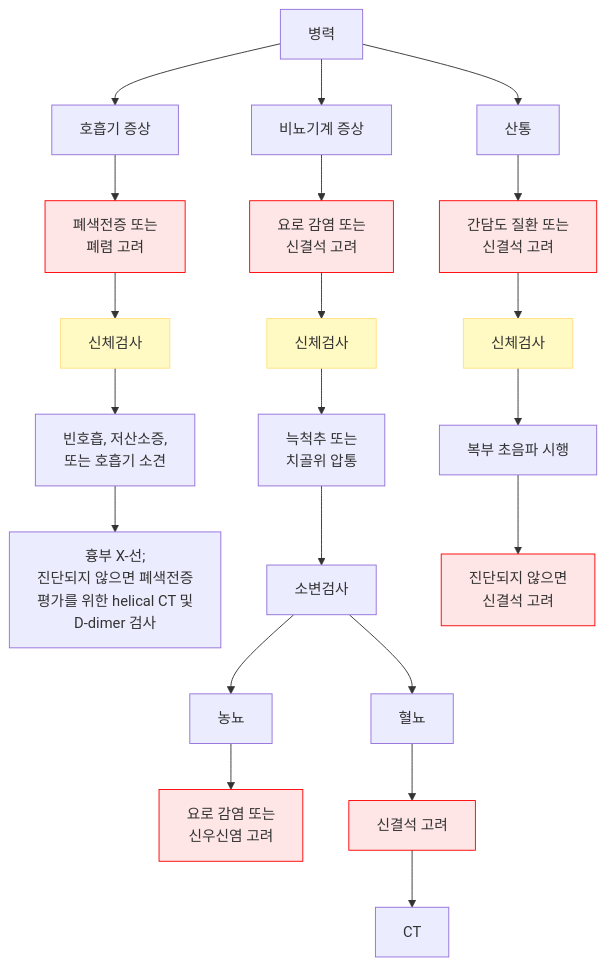
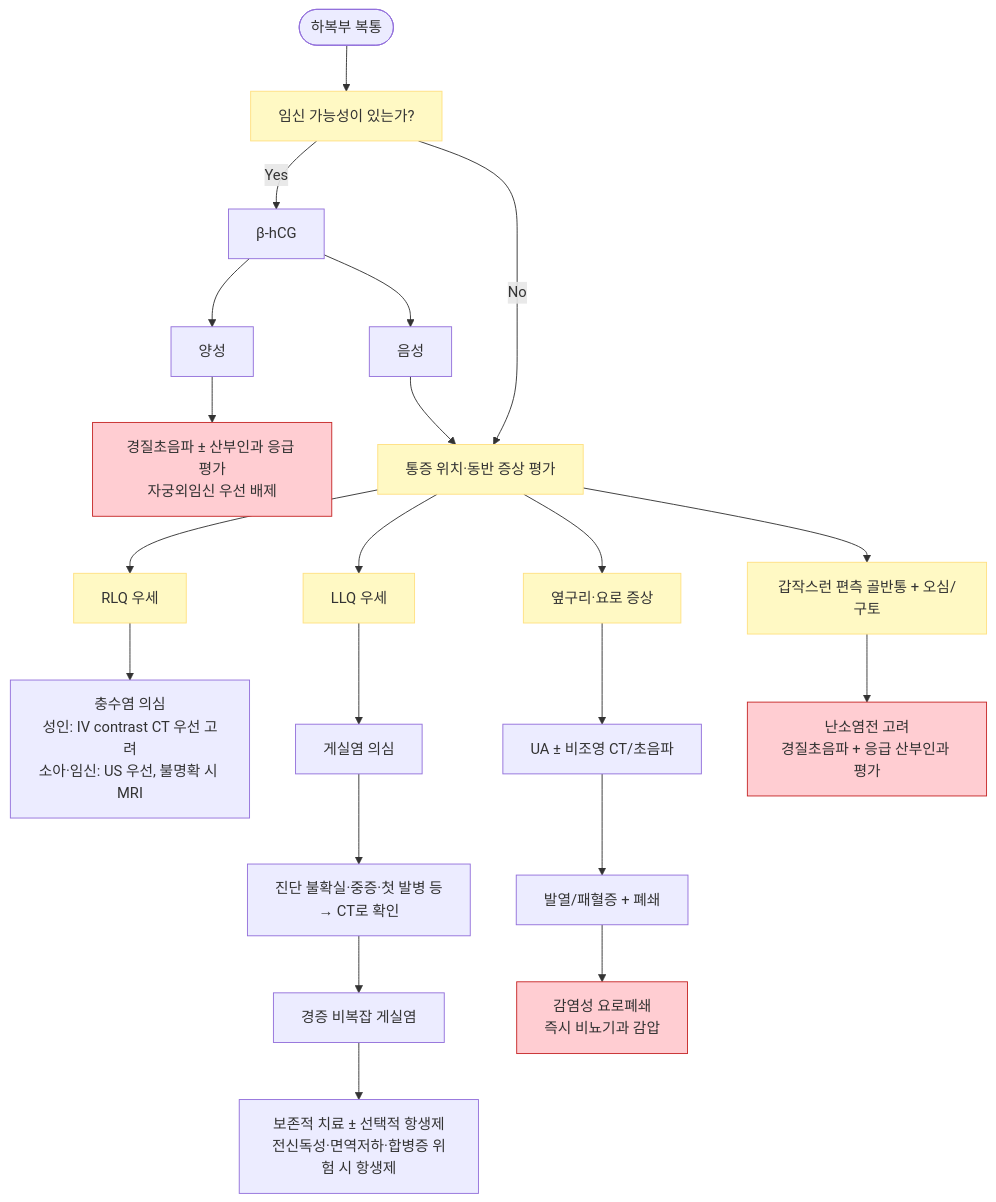
The second of 3 diagrams in 220_/003_-abdominal-pain.md (familyoh77/familyoh77), drawn with Mermaid before and after one commit. The commit also changed other lines of this file, not shown here.

````diff
--- a/220_/003_-abdominal-pain.md
+++ b/220_/003_-abdominal-pain.md
@@ -148,41 +205,32 @@
 ```mermaid
-  flowchart TD
-    A[병력] --> B[호흡기 증상]
-    A --> C[비뇨기계 증상]
-    A --> D[산통]
+flowchart TD
+    A([하복부 복통]) --> B["임신 가능성이 있는가?"]
+    B -- Yes --> C["β-hCG"]
+    C --> D["양성"]
+    D --> E["경질초음파 ± 산부인과 응급 평가<br/>자궁외임신 우선 배제"]
+    C --> F["음성"]
+    B -- No --> G["통증 위치·동반 증상 평가"]
+    F --> G
 
-    B --> E[폐색전증 또는
-    폐렴 고려]
-    E --> F[신체검사]
-    F --> G[빈호흡, 저산소증,
-    또는 호흡기 소견]
-    G --> H[흉부 X-선;
-    진단되지 않으면 폐색전증 
-    평가를 위한 helical CT 및 
-    D-dimer 검사]
+    G --> H["RLQ 우세"]
+    H --> I["충수염 의심<br/>성인: IV contrast CT 우선 고려<br/>소아·임신: US 우선, 불명확 시 MRI"]
 
-    C --> I[요로 감염 또는
-    신결석 고려]
-    I --> J[신체검사]
-    J --> K[늑척추 또는
-    치골위 압통]
-    K --> L[소변검사]
-    L --> M[농뇨]
-    L --> N[혈뇨]
-    M --> O[요로 감염 또는
-    신우신염 고려]
-    N --> P[신결석 고려]
-    P --> Q[CT]
+    G --> J["LLQ 우세"]
+    J --> K["게실염 의심"]
+    K --> L["진단 불확실·중증·첫 발병 등<br/>→ CT로 확인"]
+    L --> M["경증 비복잡 게실염"]
+    M --> N["보존적 치료 ± 선택적 항생제<br/>전신독성·면역저하·합병증 위험 시 항생제"]
 
-    D --> R[간담도 질환 또는
-    신결석 고려]
-    R --> S[신체검사]
-    S --> T[복부 초음파 시행]
-    T --> U[진단되지 않으면
-    신결석 고려]
-    
-classDef redBox fill:#ffe6e6,stroke:#ff0000
-class U,E,I,R,O,P redBox
-classDef yellow fill:#fff9c4,stroke:#ffe082
-class F,J,S yellow
+    G --> O["옆구리·요로 증상"]
+    O --> P["UA ± 비조영 CT/초음파"]
+    P --> Q["발열/패혈증 + 폐쇄"]
+    Q --> R["감염성 요로폐쇄<br/>즉시 비뇨기과 감압"]
+
+    G --> S["갑작스런 편측 골반통 + 오심/구토"]
+    S --> T["난소염전 고려<br/>경질초음파 + 응급 산부인과 평가"]
+
+    classDef red fill:#ffcdd2,stroke:#c62828
+    class E,R,T red
+    classDef yellow fill:#fff9c4,stroke:#ffe082
+    class B,G,H,J,O,S yellow
 ```
````
